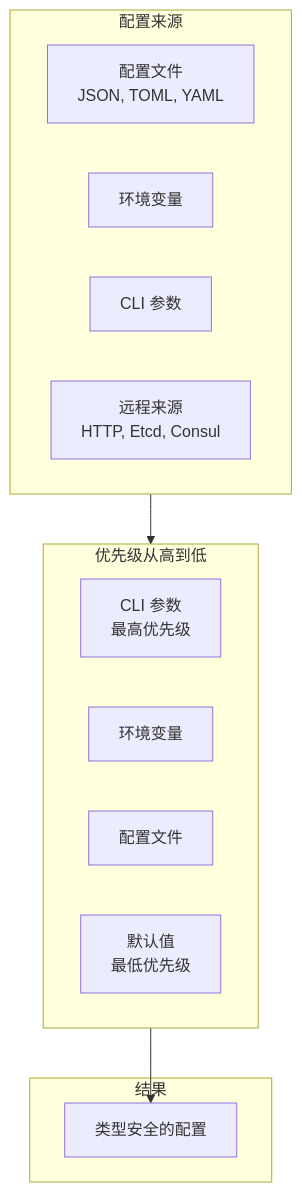
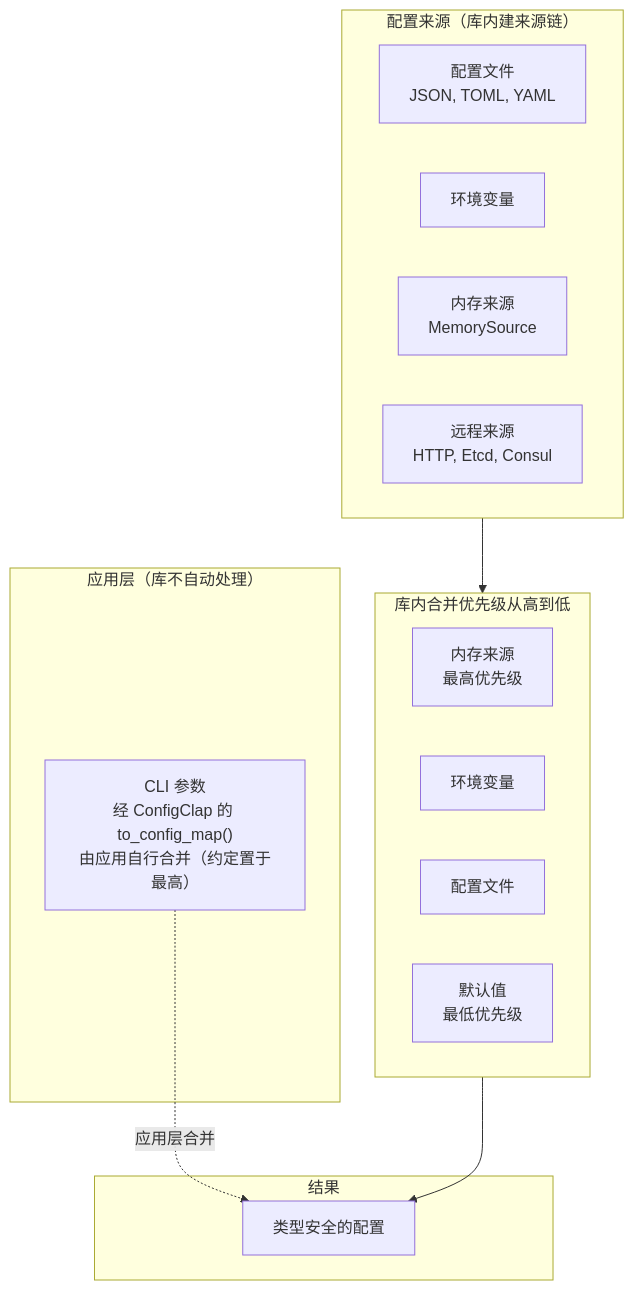
The diagram in docs/USER_GUIDE.md (Kirky-X/confers), drawn with Mermaid before and after one commit. The commit also changed other lines of this file and 13 other files, not shown here.

````diff
--- a/docs/USER_GUIDE.md
+++ b/docs/USER_GUIDE.md
@@ -158,23 +158,28 @@
 ```mermaid
 graph TB
-    subgraph Sources ["配置来源"]
+    subgraph Sources ["配置来源（库内建来源链）"]
         A["配置文件<br/>JSON, TOML, YAML"]
         B["环境变量"]
-        C["CLI 参数"]
+        M["内存来源<br/>MemorySource"]
         D["远程来源<br/>HTTP, Etcd, Consul"]
     end
 
-    subgraph Priority ["优先级从高到低"]
-        P1["CLI 参数<br/>最高优先级"]
+    subgraph Priority ["库内合并优先级从高到低"]
+        P1["内存来源<br/>最高优先级"]
         P2["环境变量"]
         P3["配置文件"]
         P4["默认值<br/>最低优先级"]
+    end
+
+    subgraph AppLayer ["应用层（库不自动处理）"]
+        C["CLI 参数<br/>经 ConfigClap 的 to_config_map()<br/>由应用自行合并（约定置于最高）"]
     end
 
     subgraph Result ["结果"]
         R["类型安全的配置"]
     end
 
     Sources --> Priority
     Priority --> R
+    C -.->|"应用层合并"| R
 ```
````
